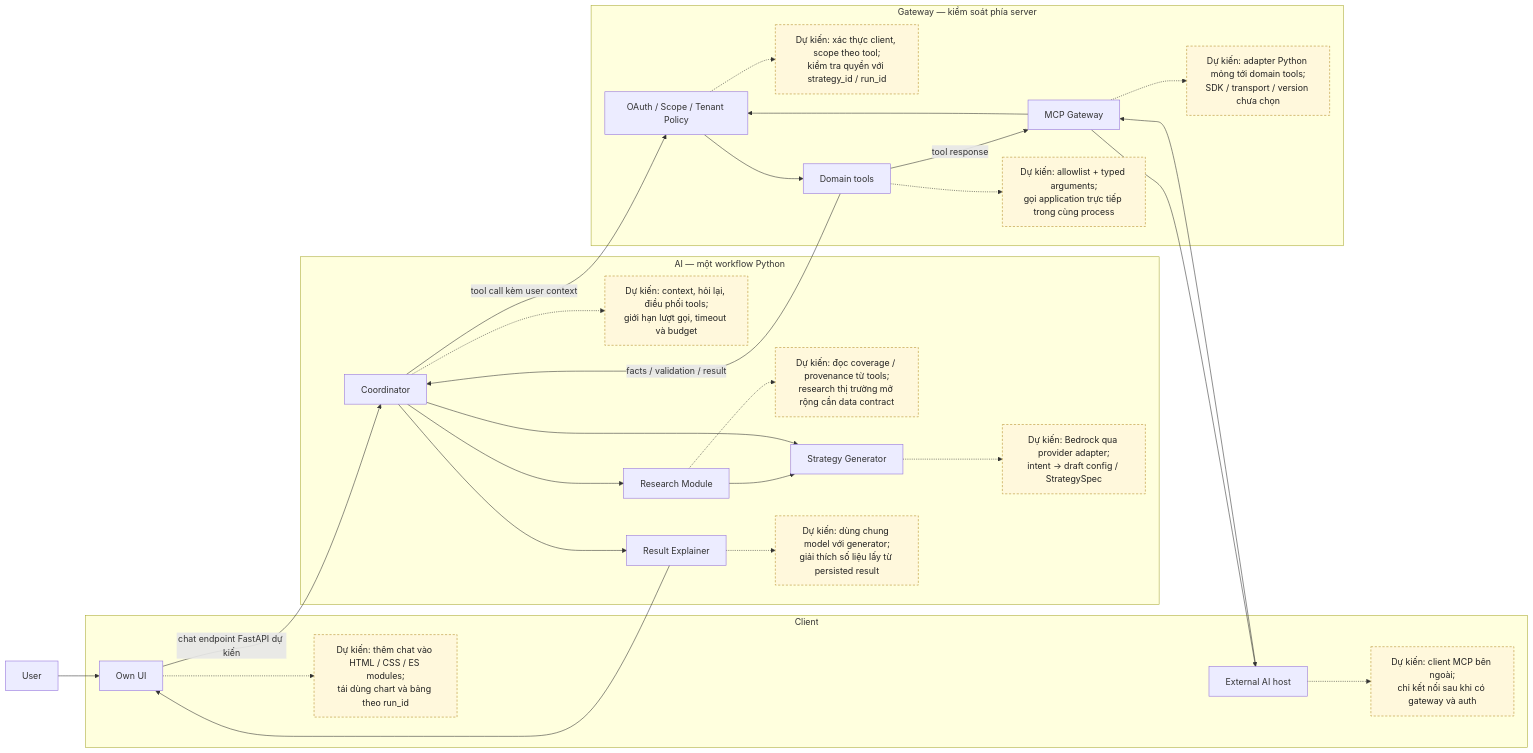
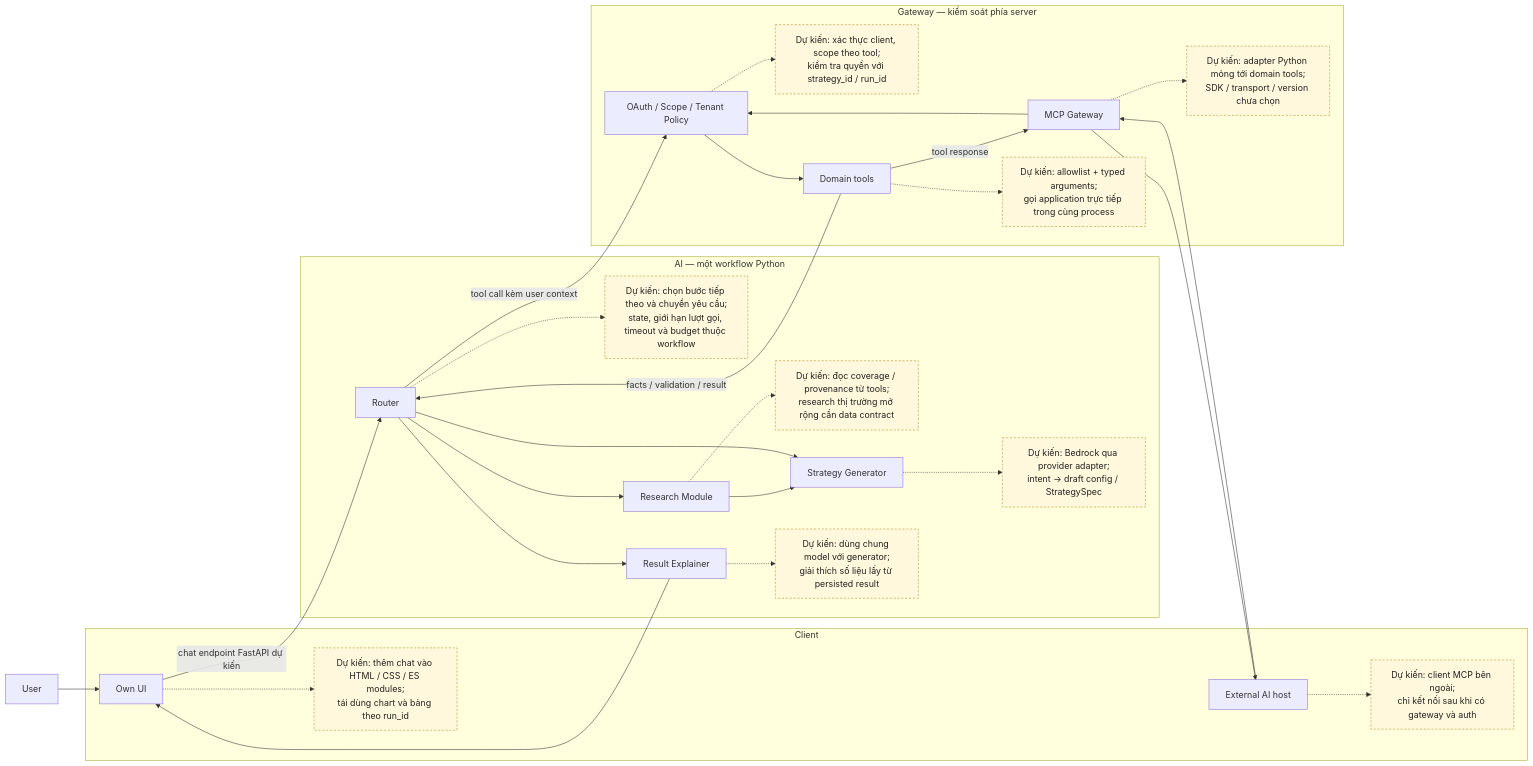
The first of 4 diagrams in docs/plans/agent-research-plan.md (trivo-de/back-testing), drawn with Mermaid before and after one commit. The commit also changed other lines of this file and 32 other files, not shown here.

````diff
--- a/docs/plans/agent-research-plan.md
+++ b/docs/plans/agent-research-plan.md
@@ -56,34 +57,34 @@
-```mermaid
-flowchart LR
-    U["User"] --> UI
-    subgraph Client["Client"]
-        UI["Own UI"] -.-> NUI["Dự kiến: thêm chat vào HTML / CSS / ES modules;<br/>tái dùng chart và bảng theo run_id"]
-        HOST["External AI host"] -.-> NHOST["Dự kiến: client MCP bên ngoài;<br/>chỉ kết nối sau khi có gateway và auth"]
-    end
-    subgraph AI["AI — một workflow Python"]
-        CO["Coordinator"] -.-> NCO["Dự kiến: context, hỏi lại, điều phối tools;<br/>giới hạn lượt gọi, timeout và budget"]
-        RE["Research Module"] -.-> NRE["Dự kiến: đọc coverage / provenance từ tools;<br/>research thị trường mở rộng cần data contract"]
-        GE["Strategy Generator"] -.-> NGE["Dự kiến: Bedrock qua provider adapter;<br/>intent → draft config / StrategySpec"]
-        EL["Result Explainer"] -.-> NEL["Dự kiến: dùng chung model với generator;<br/>giải thích số liệu lấy từ persisted result"]
-        CO --> RE
-        RE --> GE
-        CO --> GE
-        CO --> EL
-    end
-    subgraph Gateway["Gateway — kiểm soát phía server"]
-        MCP["MCP Gateway"] -.-> NMCP["Dự kiến: adapter Python mỏng tới domain tools;<br/>SDK / transport / version chưa chọn"]
-        AU["OAuth / Scope / Tenant Policy"] -.-> NAU["Dự kiến: xác thực client, scope theo tool;<br/>kiểm tra quyền với strategy_id / run_id"]
-        TO["Domain tools"] -.-> NTO["Dự kiến: allowlist + typed arguments;<br/>gọi application trực tiếp trong cùng process"]
-        MCP --> AU
-        AU --> TO
-    end
-    UI -->|"chat endpoint FastAPI dự kiến"| CO
-    HOST --> MCP
-    CO -->|"tool call kèm user context"| AU
-    TO -->|"facts / validation / result"| CO
-    EL --> UI
-    TO -->|"tool response"| MCP
-    MCP --> HOST
-    classDef note fill:#fff8dc,stroke:#b58b28,color:#222,stroke-dasharray:4 3;
-    class NUI,NHOST,NCO,NRE,NGE,NEL,NMCP,NAU,NTO note;
-```
+  ```mermaid
+  flowchart LR
+      U["User"] --> UI
+      subgraph Client["Client"]
+          UI["Own UI"] -.-> NUI["Dự kiến: thêm chat vào HTML / CSS / ES modules;<br/>tái dùng chart và bảng theo run_id"]
+          HOST["External AI host"] -.-> NHOST["Dự kiến: client MCP bên ngoài;<br/>chỉ kết nối sau khi có gateway và auth"]
+      end
+      subgraph AI["AI — một workflow Python"]
+          CO["Router"] -.-> NCO["Dự kiến: chọn bước tiếp theo và chuyển yêu cầu;<br/>state, giới hạn lượt gọi, timeout và budget thuộc workflow"]
+          RE["Research Module"] -.-> NRE["Dự kiến: đọc coverage / provenance từ tools;<br/>research thị trường mở rộng cần data contract"]
+          GE["Strategy Generator"] -.-> NGE["Dự kiến: Bedrock qua provider adapter;<br/>intent → draft config / StrategySpec"]
+          EL["Result Explainer"] -.-> NEL["Dự kiến: dùng chung model với generator;<br/>giải thích số liệu lấy từ persisted result"]
+          CO --> RE
+          RE --> GE
+          CO --> GE
+          CO --> EL
+      end
+      subgraph Gateway["Gateway — kiểm soát phía server"]
+          MCP["MCP Gateway"] -.-> NMCP["Dự kiến: adapter Python mỏng tới domain tools;<br/>SDK / transport / version chưa chọn"]
+          AU["OAuth / Scope / Tenant Policy"] -.-> NAU["Dự kiến: xác thực client, scope theo tool;<br/>kiểm tra quyền với strategy_id / run_id"]
+          TO["Domain tools"] -.-> NTO["Dự kiến: allowlist + typed arguments;<br/>gọi application trực tiếp trong cùng process"]
+          MCP --> AU
+          AU --> TO
+      end
+      UI -->|"chat endpoint FastAPI dự kiến"| CO
+      HOST --> MCP
+      CO -->|"tool call kèm user context"| AU
+      TO -->|"facts / validation / result"| CO
+      EL --> UI
+      TO -->|"tool response"| MCP
+      MCP --> HOST
+      classDef note fill:#fff8dc,stroke:#b58b28,color:#222,stroke-dasharray:4 3;
+      class NUI,NHOST,NCO,NRE,NGE,NEL,NMCP,NAU,NTO note;
+  ```
````
